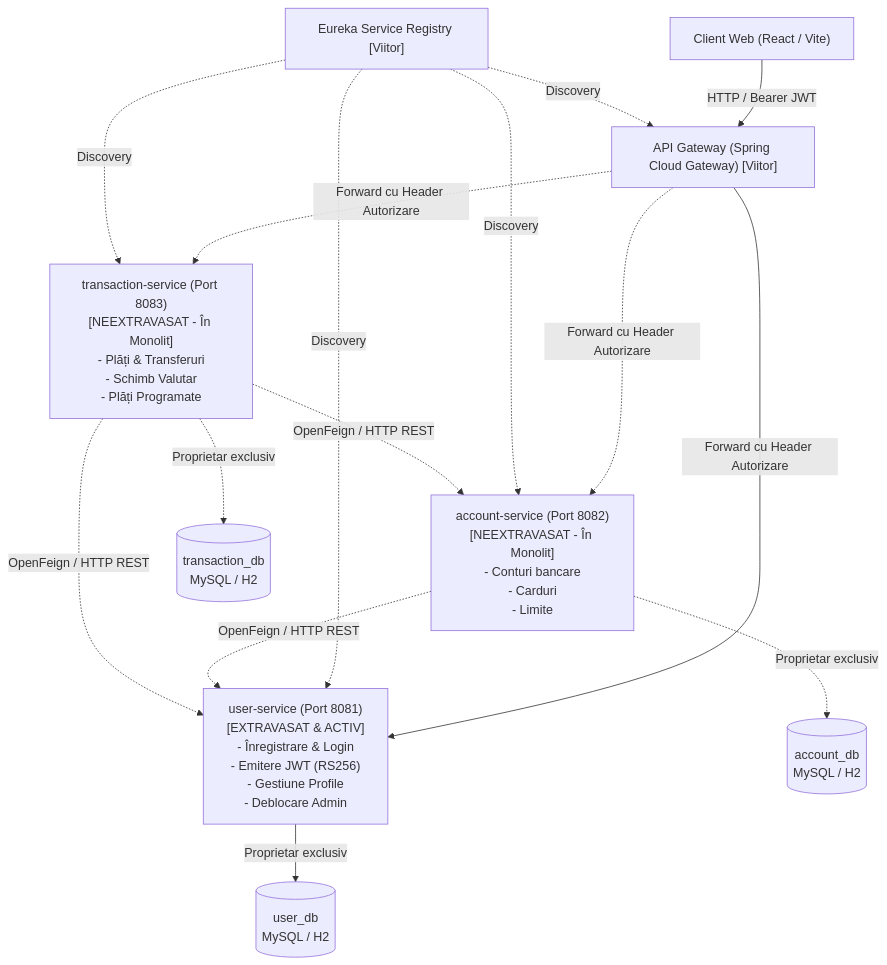
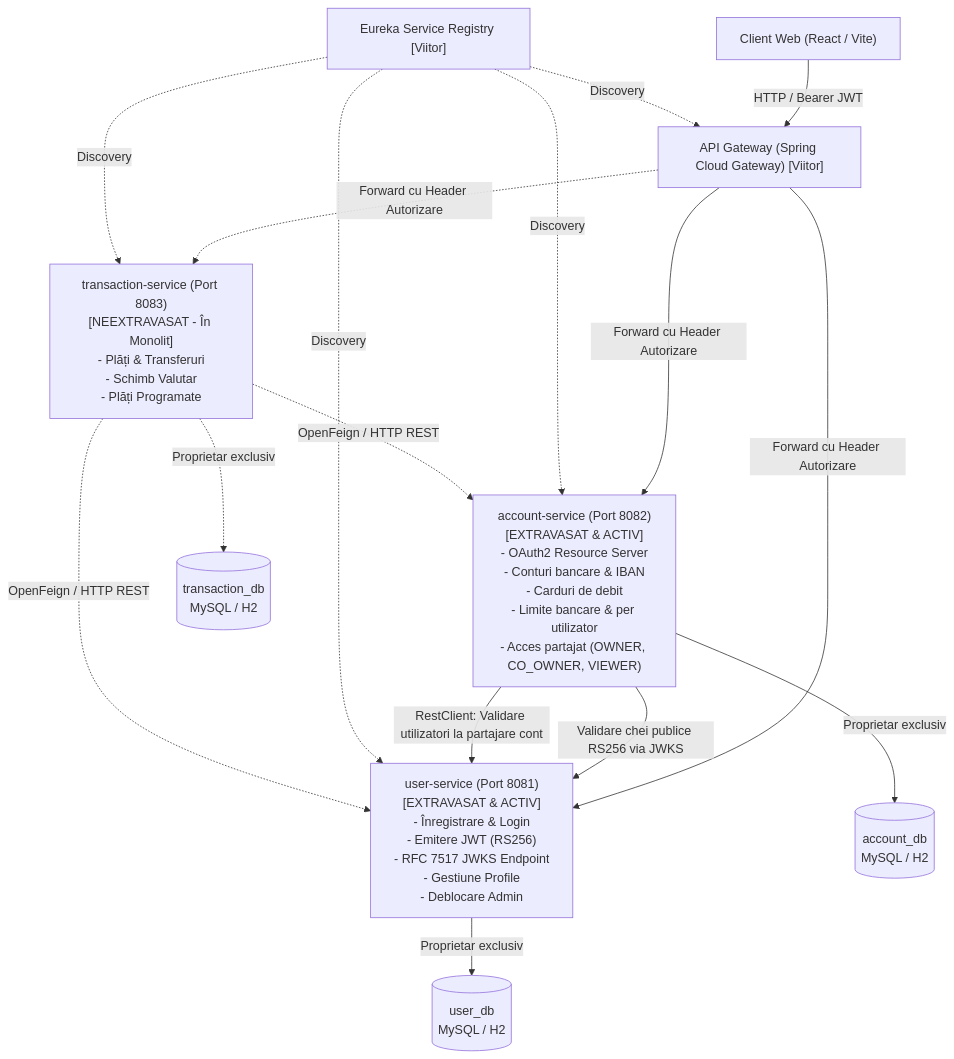
The diagram in docs/microservices-architecture.md (AlexBuzz73/ProiectAWBD), drawn with Mermaid before and after one commit. The commit also changed other lines of this file and 61 other files, not shown here.

Commit message:
feat(account-service): extract independent account-service microservice on port 8082

````diff
--- a/docs/microservices-architecture.md
+++ b/docs/microservices-architecture.md
@@ -22,21 +22,23 @@
 ```mermaid
 graph TD
     Client["Client Web (React / Vite)"] -->|HTTP / Bearer JWT| Gateway["API Gateway (Spring Cloud Gateway) [Viitor]"]
     
-    Gateway -->|Forward cu Header Autorizare| UserService["user-service (Port 8081)\n[EXTRAVASAT & ACTIV]\n- Înregistrare & Login\n- Emitere JWT (RS256)\n- Gestiune Profile\n- Deblocare Admin"]
-    Gateway -.->|Forward cu Header Autorizare| AccountService["account-service (Port 8082)\n[NEEXTRAVASAT - În Monolit]\n- Conturi bancare\n- Carduri\n- Limite"]
+    Gateway -->|Forward cu Header Autorizare| UserService["user-service (Port 8081)\n[EXTRAVASAT & ACTIV]\n- Înregistrare & Login\n- Emitere JWT (RS256)\n- RFC 7517 JWKS Endpoint\n- Gestiune Profile\n- Deblocare Admin"]
+    Gateway -->|Forward cu Header Autorizare| AccountService["account-service (Port 8082)\n[EXTRAVASAT & ACTIV]\n- OAuth2 Resource Server\n- Conturi bancare & IBAN\n- Carduri de debit\n- Limite bancare & per utilizator\n- Acces partajat (OWNER, CO_OWNER, VIEWER)"]
     Gateway -.->|Forward cu Header Autorizare| TransactionService["transaction-service (Port 8083)\n[NEEXTRAVASAT - În Monolit]\n- Plăți & Transferuri\n- Schimb Valutar\n- Plăți Programate"]
 
     UserService -->|Proprietar exclusiv| UserDB[(user_db\nMySQL / H2)]
-    AccountService -.->|Proprietar exclusiv| AccountDB[(account_db\nMySQL / H2)]
+    AccountService -->|Proprietar exclusiv| AccountDB[(account_db\nMySQL / H2)]
     TransactionService -.->|Proprietar exclusiv| TransactionDB[(transaction_db\nMySQL / H2)]
+
+    AccountService -->|Validare chei publice RS256 via JWKS| UserService
+    AccountService -->|RestClient: Validare utilizatori la partajare cont| UserService
 
     Eureka["Eureka Service Registry [Viitor]"] -.->|Discovery| UserService
     Eureka -.->|Discovery| AccountService
     Eureka -.->|Discovery| TransactionService
     Eureka -.->|Discovery| Gateway
 
-    AccountService -.->|OpenFeign / HTTP REST| UserService
     TransactionService -.->|OpenFeign / HTTP REST| UserService
     TransactionService -.->|OpenFeign / HTTP REST| AccountService
 ```
````
